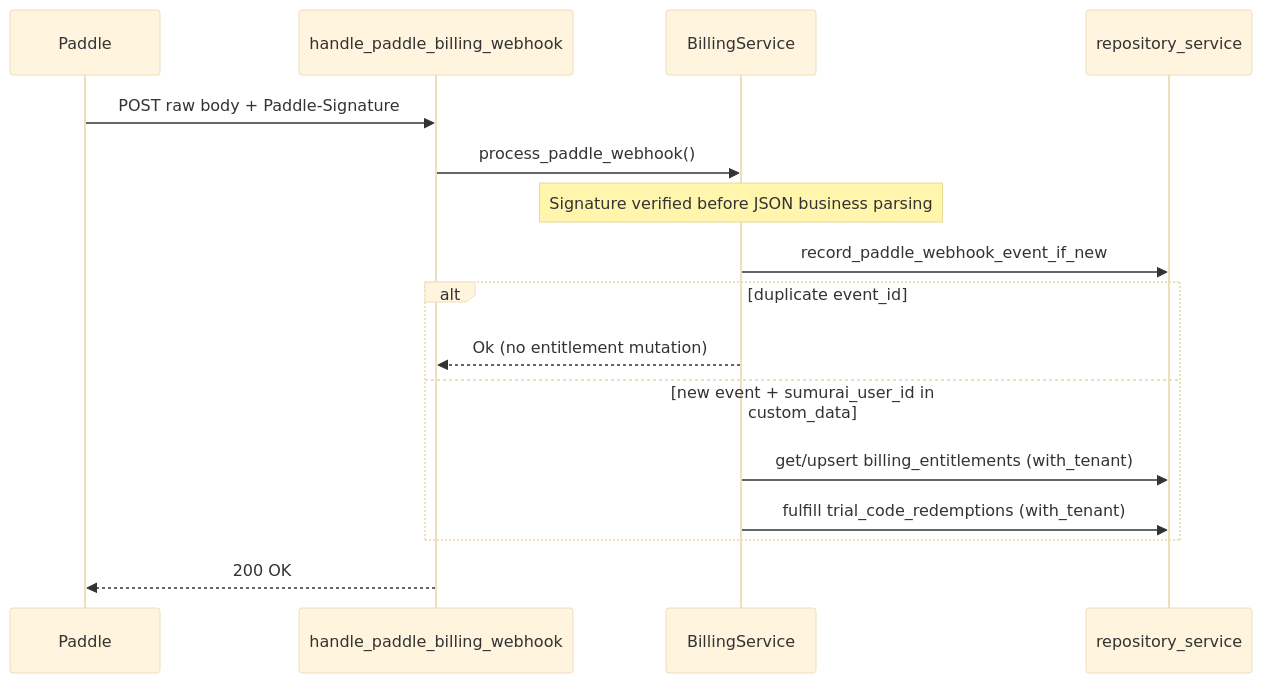
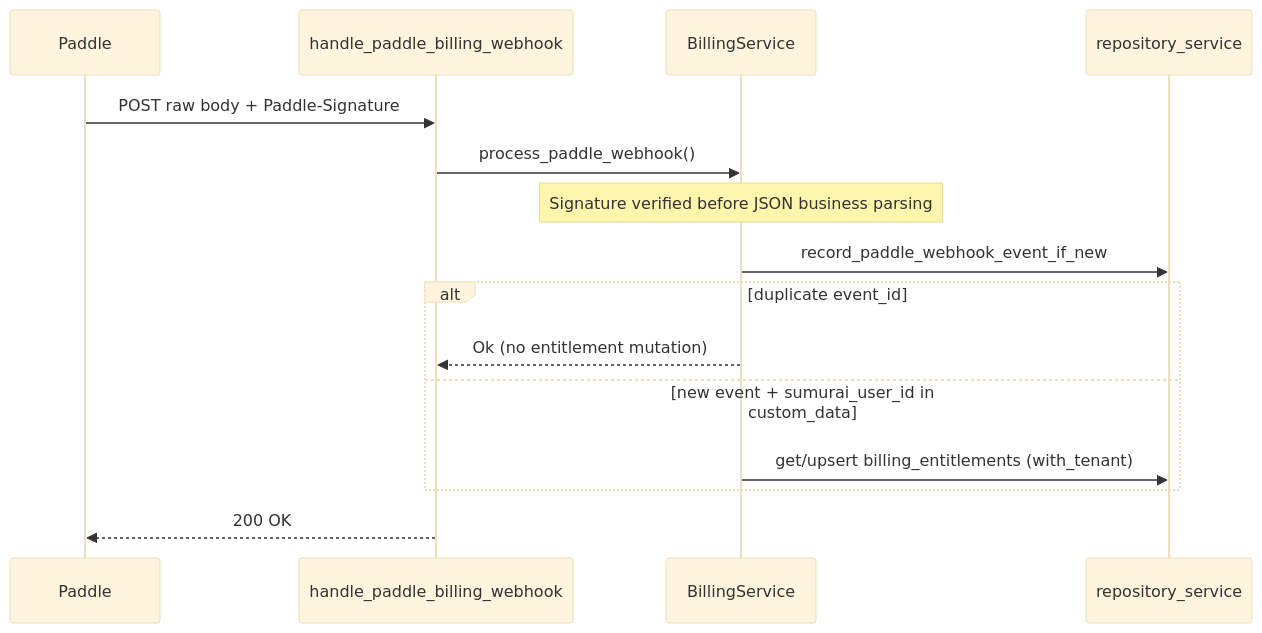
One commit to TwoBitFoundry/sumurai changed the second of 3 diagrams in docs/PRODUCTION_BILLING.md. Above: the diagram before and after it, drawn with Mermaid (base theme). The commit also changed other lines of this file and 16 other files, not shown here.

First line of the commit message:
chore: remove trial-codes CLI and billing-common (open-paddle-trials-cleanup Phase 2).

````diff
--- a/docs/PRODUCTION_BILLING.md
+++ b/docs/PRODUCTION_BILLING.md
@@ -108,19 +102,18 @@
 ```mermaid
 sequenceDiagram
     participant Paddle
     participant Handler as handle_paddle_billing_webhook
     participant Billing as BillingService
     participant Repo as repository_service
 
     Paddle->>Handler: POST raw body + Paddle-Signature
     Handler->>Billing: process_paddle_webhook()
     Note over Billing: Signature verified before JSON business parsing
     Billing->>Repo: record_paddle_webhook_event_if_new
     alt duplicate event_id
         Billing-->>Handler: Ok (no entitlement mutation)
     else new event + sumurai_user_id in custom_data
         Billing->>Repo: get/upsert billing_entitlements (with_tenant)
-        Billing->>Repo: fulfill trial_code_redemptions (with_tenant)
     end
     Handler-->>Paddle: 200 OK
 ```
````
